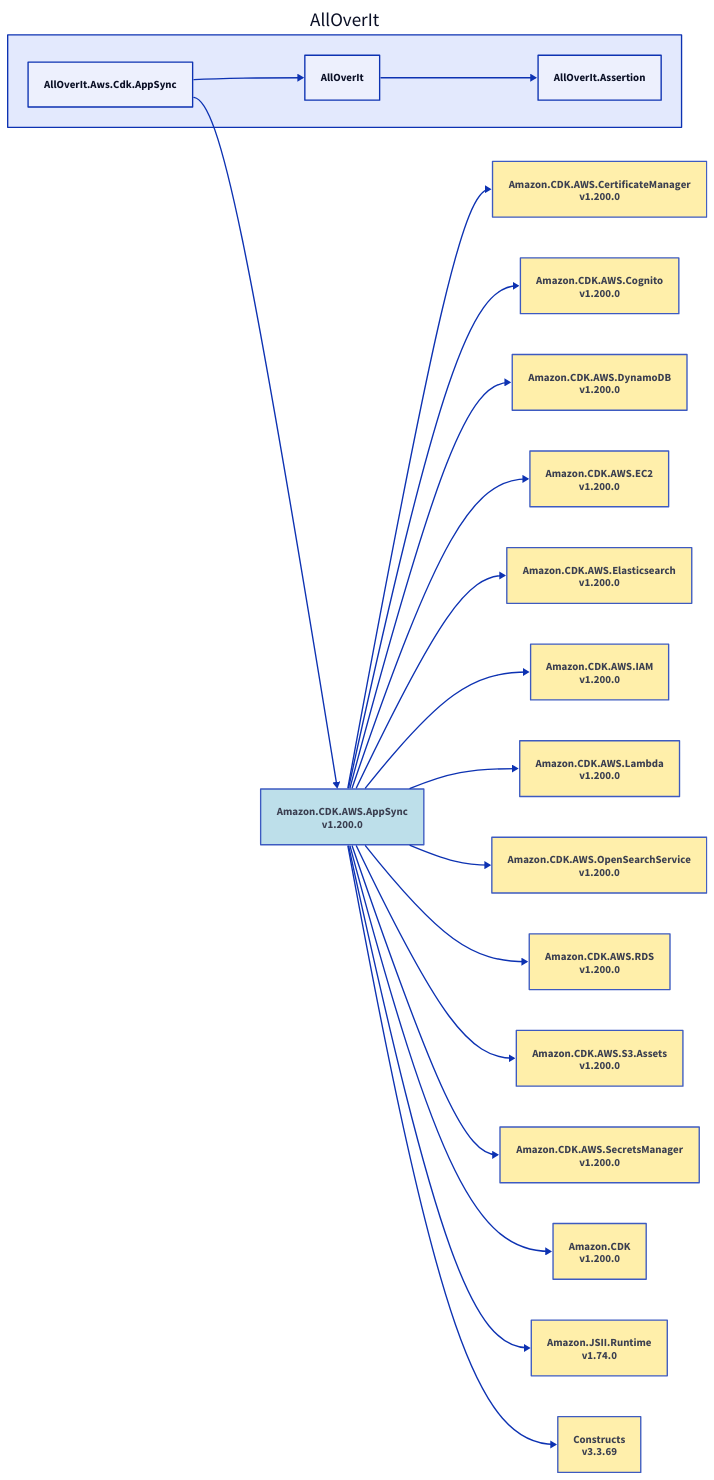
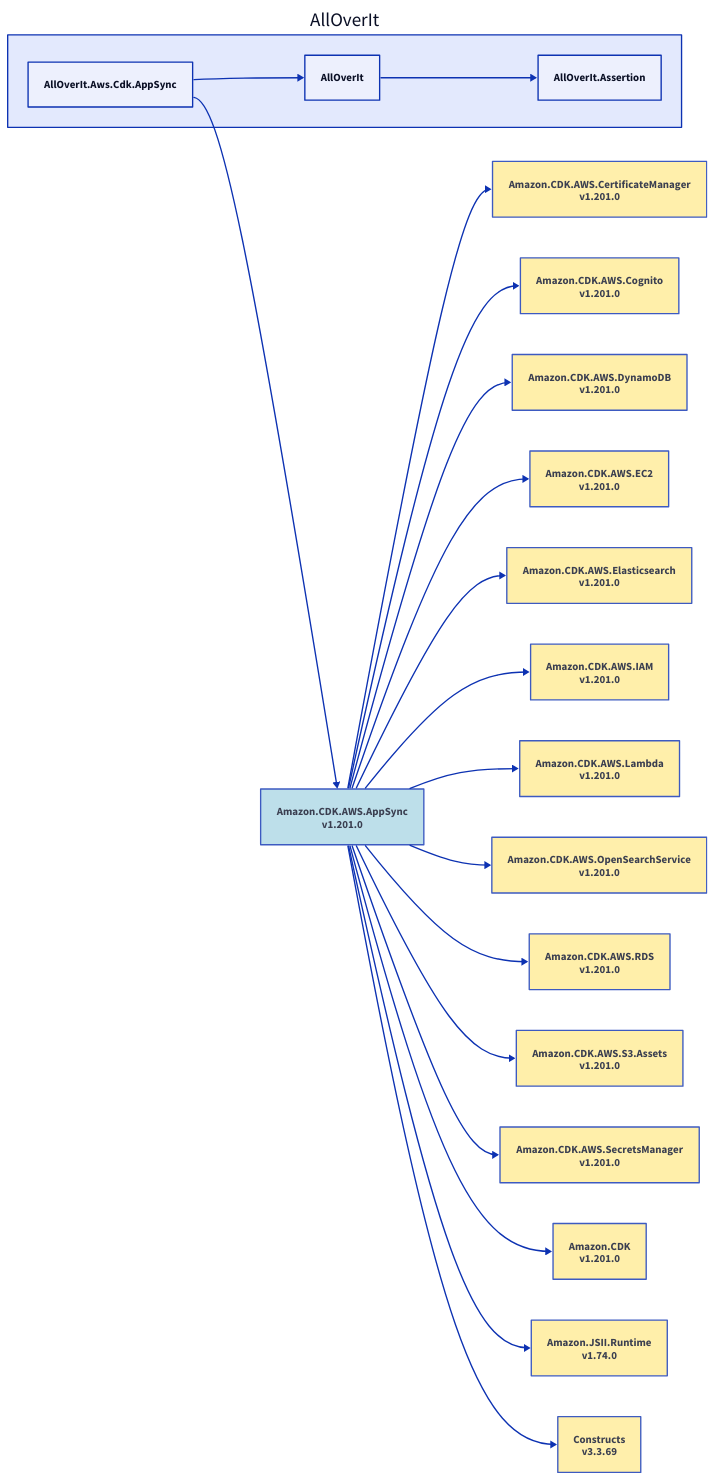
Before and after one commit to nickathone/AllOverIt: the diagram in Docs/Dependencies/alloverit-aws-cdk-appsync.d2, drawn with D2. The commit also changed 10 other files, not shown here.

```diff
--- a/Docs/Dependencies/alloverit-aws-cdk-appsync.d2
+++ b/Docs/Dependencies/alloverit-aws-cdk-appsync.d2
@@ -1,68 +1,68 @@
 direction: right
 
 aoi: AllOverIt
 aoi.alloverit-aws-cdk-appsync: AllOverIt.Aws.Cdk.AppSync
-amazon-cdk-aws-appsync_1-200-0: Amazon.CDK.AWS.AppSync\nv1.200.0
-amazon-cdk-aws-appsync_1-200-0.style.fill: "#ADD8E6"
-amazon-cdk-aws-appsync_1-200-0.style.opacity: 0.8
-amazon-cdk-aws-certificatemanager_1-200-0: Amazon.CDK.AWS.CertificateManager\nv1.200.0
-amazon-cdk-aws-certificatemanager_1-200-0.style.fill: "#FFEC96"
-amazon-cdk-aws-certificatemanager_1-200-0.style.opacity: 0.8
-amazon-cdk-aws-certificatemanager_1-200-0 <- amazon-cdk-aws-appsync_1-200-0
-amazon-cdk-aws-cognito_1-200-0: Amazon.CDK.AWS.Cognito\nv1.200.0
-amazon-cdk-aws-cognito_1-200-0.style.fill: "#FFEC96"
-amazon-cdk-aws-cognito_1-200-0.style.opacity: 0.8
-amazon-cdk-aws-cognito_1-200-0 <- amazon-cdk-aws-appsync_1-200-0
-amazon-cdk-aws-dynamodb_1-200-0: Amazon.CDK.AWS.DynamoDB\nv1.200.0
-amazon-cdk-aws-dynamodb_1-200-0.style.fill: "#FFEC96"
-amazon-cdk-aws-dynamodb_1-200-0.style.opacity: 0.8
-amazon-cdk-aws-dynamodb_1-200-0 <- amazon-cdk-aws-appsync_1-200-0
-amazon-cdk-aws-ec2_1-200-0: Amazon.CDK.AWS.EC2\nv1.200.0
-amazon-cdk-aws-ec2_1-200-0.style.fill: "#FFEC96"
-amazon-cdk-aws-ec2_1-200-0.style.opacity: 0.8
-amazon-cdk-aws-ec2_1-200-0 <- amazon-cdk-aws-appsync_1-200-0
-amazon-cdk-aws-elasticsearch_1-200-0: Amazon.CDK.AWS.Elasticsearch\nv1.200.0
-amazon-cdk-aws-elasticsearch_1-200-0.style.fill: "#FFEC96"
-amazon-cdk-aws-elasticsearch_1-200-0.style.opacity: 0.8
-amazon-cdk-aws-elasticsearch_1-200-0 <- amazon-cdk-aws-appsync_1-200-0
-amazon-cdk-aws-iam_1-200-0: Amazon.CDK.AWS.IAM\nv1.200.0
-amazon-cdk-aws-iam_1-200-0.style.fill: "#FFEC96"
-amazon-cdk-aws-iam_1-200-0.style.opacity: 0.8
-amazon-cdk-aws-iam_1-200-0 <- amazon-cdk-aws-appsync_1-200-0
-amazon-cdk-aws-lambda_1-200-0: Amazon.CDK.AWS.Lambda\nv1.200.0
-amazon-cdk-aws-lambda_1-200-0.style.fill: "#FFEC96"
-amazon-cdk-aws-lambda_1-200-0.style.opacity: 0.8
-amazon-cdk-aws-lambda_1-200-0 <- amazon-cdk-aws-appsync_1-200-0
-amazon-cdk-aws-opensearchservice_1-200-0: Amazon.CDK.AWS.OpenSearchService\nv1.200.0
-amazon-cdk-aws-opensearchservice_1-200-0.style.fill: "#FFEC96"
-amazon-cdk-aws-opensearchservice_1-200-0.style.opacity: 0.8
-amazon-cdk-aws-opensearchservice_1-200-0 <- amazon-cdk-aws-appsync_1-200-0
-amazon-cdk-aws-rds_1-200-0: Amazon.CDK.AWS.RDS\nv1.200.0
-amazon-cdk-aws-rds_1-200-0.style.fill: "#FFEC96"
-amazon-cdk-aws-rds_1-200-0.style.opacity: 0.8
-amazon-cdk-aws-rds_1-200-0 <- amazon-cdk-aws-appsync_1-200-0
-amazon-cdk-aws-s3-assets_1-200-0: Amazon.CDK.AWS.S3.Assets\nv1.200.0
-amazon-cdk-aws-s3-assets_1-200-0.style.fill: "#FFEC96"
-amazon-cdk-aws-s3-assets_1-200-0.style.opacity: 0.8
-amazon-cdk-aws-s3-assets_1-200-0 <- amazon-cdk-aws-appsync_1-200-0
-amazon-cdk-aws-secretsmanager_1-200-0: Amazon.CDK.AWS.SecretsManager\nv1.200.0
-amazon-cdk-aws-secretsmanager_1-200-0.style.fill: "#FFEC96"
-amazon-cdk-aws-secretsmanager_1-200-0.style.opacity: 0.8
-amazon-cdk-aws-secretsmanager_1-200-0 <- amazon-cdk-aws-appsync_1-200-0
-amazon-cdk_1-200-0: Amazon.CDK\nv1.200.0
-amazon-cdk_1-200-0.style.fill: "#FFEC96"
-amazon-cdk_1-200-0.style.opacity: 0.8
-amazon-cdk_1-200-0 <- amazon-cdk-aws-appsync_1-200-0
+amazon-cdk-aws-appsync_1-201-0: Amazon.CDK.AWS.AppSync\nv1.201.0
+amazon-cdk-aws-appsync_1-201-0.style.fill: "#ADD8E6"
+amazon-cdk-aws-appsync_1-201-0.style.opacity: 0.8
+amazon-cdk-aws-certificatemanager_1-201-0: Amazon.CDK.AWS.CertificateManager\nv1.201.0
+amazon-cdk-aws-certificatemanager_1-201-0.style.fill: "#FFEC96"
+amazon-cdk-aws-certificatemanager_1-201-0.style.opacity: 0.8
+amazon-cdk-aws-certificatemanager_1-201-0 <- amazon-cdk-aws-appsync_1-201-0
+amazon-cdk-aws-cognito_1-201-0: Amazon.CDK.AWS.Cognito\nv1.201.0
+amazon-cdk-aws-cognito_1-201-0.style.fill: "#FFEC96"
+amazon-cdk-aws-cognito_1-201-0.style.opacity: 0.8
+amazon-cdk-aws-cognito_1-201-0 <- amazon-cdk-aws-appsync_1-201-0
+amazon-cdk-aws-dynamodb_1-201-0: Amazon.CDK.AWS.DynamoDB\nv1.201.0
+amazon-cdk-aws-dynamodb_1-201-0.style.fill: "#FFEC96"
+amazon-cdk-aws-dynamodb_1-201-0.style.opacity: 0.8
+amazon-cdk-aws-dynamodb_1-201-0 <- amazon-cdk-aws-appsync_1-201-0
+amazon-cdk-aws-ec2_1-201-0: Amazon.CDK.AWS.EC2\nv1.201.0
+amazon-cdk-aws-ec2_1-201-0.style.fill: "#FFEC96"
+amazon-cdk-aws-ec2_1-201-0.style.opacity: 0.8
+amazon-cdk-aws-ec2_1-201-0 <- amazon-cdk-aws-appsync_1-201-0
+amazon-cdk-aws-elasticsearch_1-201-0: Amazon.CDK.AWS.Elasticsearch\nv1.201.0
+amazon-cdk-aws-elasticsearch_1-201-0.style.fill: "#FFEC96"
+amazon-cdk-aws-elasticsearch_1-201-0.style.opacity: 0.8
+amazon-cdk-aws-elasticsearch_1-201-0 <- amazon-cdk-aws-appsync_1-201-0
+amazon-cdk-aws-iam_1-201-0: Amazon.CDK.AWS.IAM\nv1.201.0
+amazon-cdk-aws-iam_1-201-0.style.fill: "#FFEC96"
+amazon-cdk-aws-iam_1-201-0.style.opacity: 0.8
+amazon-cdk-aws-iam_1-201-0 <- amazon-cdk-aws-appsync_1-201-0
+amazon-cdk-aws-lambda_1-201-0: Amazon.CDK.AWS.Lambda\nv1.201.0
+amazon-cdk-aws-lambda_1-201-0.style.fill: "#FFEC96"
+amazon-cdk-aws-lambda_1-201-0.style.opacity: 0.8
+amazon-cdk-aws-lambda_1-201-0 <- amazon-cdk-aws-appsync_1-201-0
+amazon-cdk-aws-opensearchservice_1-201-0: Amazon.CDK.AWS.OpenSearchService\nv1.201.0
+amazon-cdk-aws-opensearchservice_1-201-0.style.fill: "#FFEC96"
+amazon-cdk-aws-opensearchservice_1-201-0.style.opacity: 0.8
+amazon-cdk-aws-opensearchservice_1-201-0 <- amazon-cdk-aws-appsync_1-201-0
+amazon-cdk-aws-rds_1-201-0: Amazon.CDK.AWS.RDS\nv1.201.0
+amazon-cdk-aws-rds_1-201-0.style.fill: "#FFEC96"
+amazon-cdk-aws-rds_1-201-0.style.opacity: 0.8
+amazon-cdk-aws-rds_1-201-0 <- amazon-cdk-aws-appsync_1-201-0
+amazon-cdk-aws-s3-assets_1-201-0: Amazon.CDK.AWS.S3.Assets\nv1.201.0
+amazon-cdk-aws-s3-assets_1-201-0.style.fill: "#FFEC96"
+amazon-cdk-aws-s3-assets_1-201-0.style.opacity: 0.8
+amazon-cdk-aws-s3-assets_1-201-0 <- amazon-cdk-aws-appsync_1-201-0
+amazon-cdk-aws-secretsmanager_1-201-0: Amazon.CDK.AWS.SecretsManager\nv1.201.0
+amazon-cdk-aws-secretsmanager_1-201-0.style.fill: "#FFEC96"
+amazon-cdk-aws-secretsmanager_1-201-0.style.opacity: 0.8
+amazon-cdk-aws-secretsmanager_1-201-0 <- amazon-cdk-aws-appsync_1-201-0
+amazon-cdk_1-201-0: Amazon.CDK\nv1.201.0
+amazon-cdk_1-201-0.style.fill: "#FFEC96"
+amazon-cdk_1-201-0.style.opacity: 0.8
+amazon-cdk_1-201-0 <- amazon-cdk-aws-appsync_1-201-0
 amazon-jsii-runtime_1-74-0: Amazon.JSII.Runtime\nv1.74.0
 amazon-jsii-runtime_1-74-0.style.fill: "#FFEC96"
 amazon-jsii-runtime_1-74-0.style.opacity: 0.8
-amazon-jsii-runtime_1-74-0 <- amazon-cdk-aws-appsync_1-200-0
+amazon-jsii-runtime_1-74-0 <- amazon-cdk-aws-appsync_1-201-0
 constructs_3-3-69: Constructs\nv3.3.69
 constructs_3-3-69.style.fill: "#FFEC96"
 constructs_3-3-69.style.opacity: 0.8
-constructs_3-3-69 <- amazon-cdk-aws-appsync_1-200-0
-amazon-cdk-aws-appsync_1-200-0 <- aoi.alloverit-aws-cdk-appsync
+constructs_3-3-69 <- amazon-cdk-aws-appsync_1-201-0
+amazon-cdk-aws-appsync_1-201-0 <- aoi.alloverit-aws-cdk-appsync
 aoi.alloverit: AllOverIt
 aoi.alloverit-assertion: AllOverIt.Assertion
 aoi.alloverit-assertion <- aoi.alloverit
 aoi.alloverit <- aoi.alloverit-aws-cdk-appsync
```
